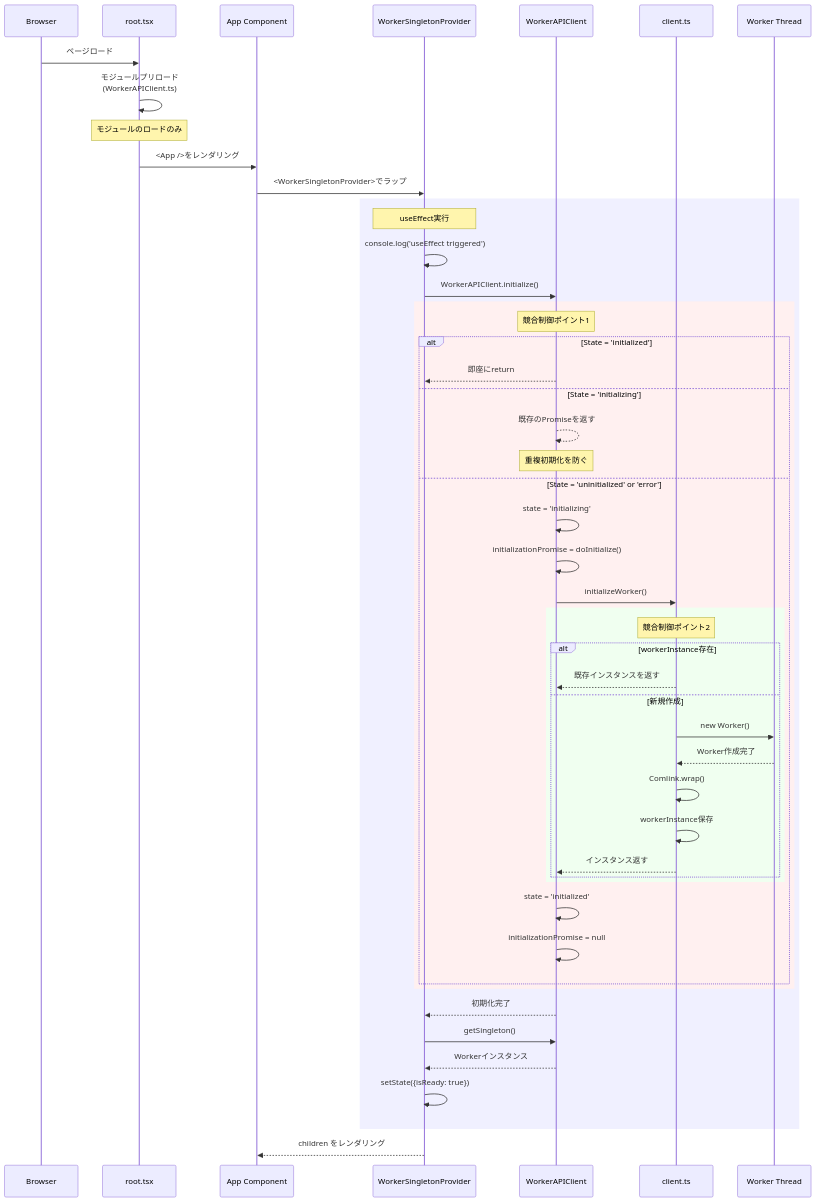
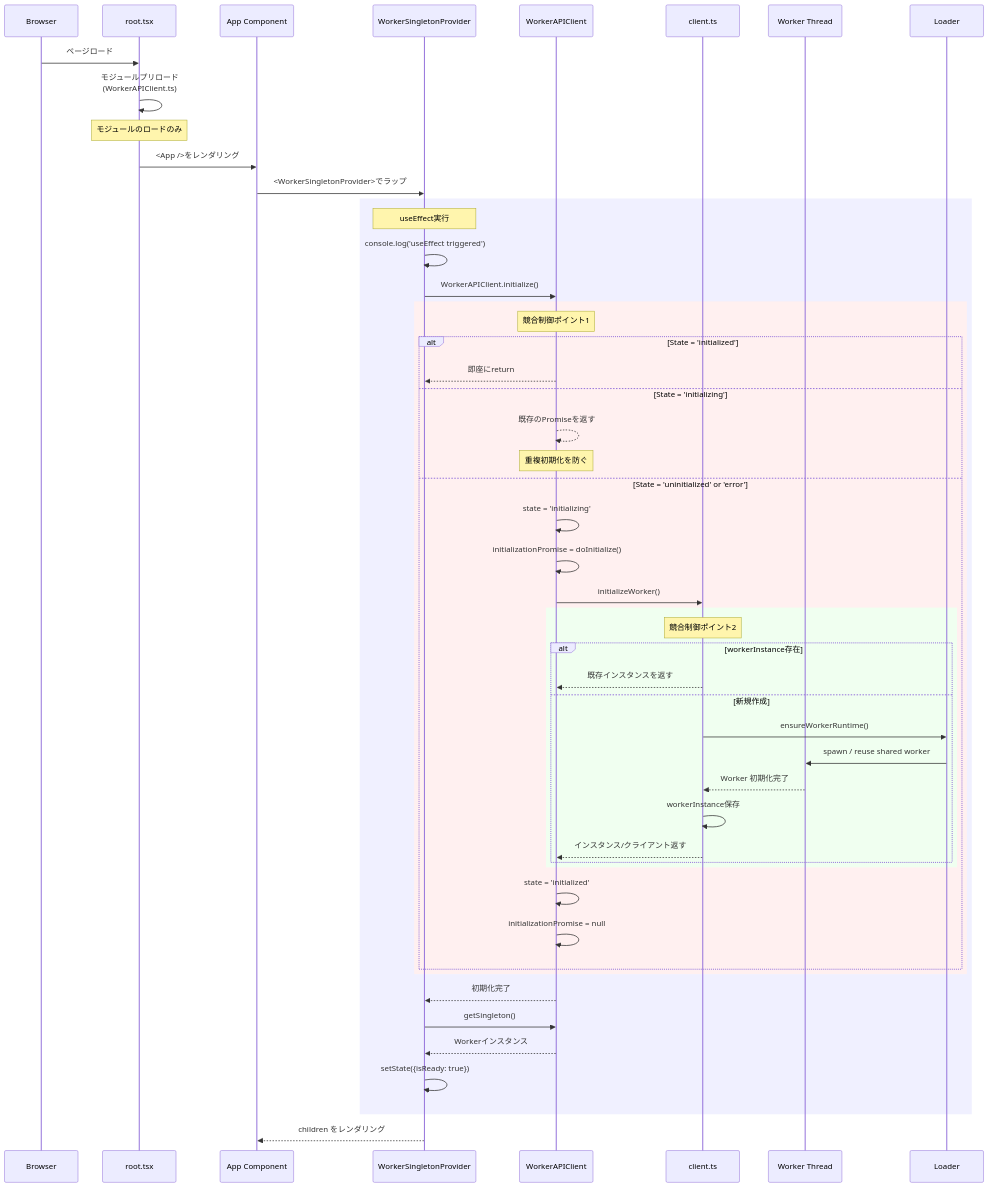
One commit to kubohiroya/hierarchidb changed the first of 4 diagrams in docs/architecture/worker-initialization-analysis.md. Above: the diagram before and after it, drawn with Mermaid. The commit also changed other lines of this file and 28 other files, not shown here.

````diff
--- a/docs/architecture/worker-initialization-analysis.md
+++ b/docs/architecture/worker-initialization-analysis.md
@@ -25,63 +25,63 @@
 ```mermaid
 sequenceDiagram
     participant Browser as Browser
     participant Root as root.tsx
     participant App as App Component
     participant WP as WorkerSingletonProvider
     participant WAC as WorkerAPIClient
     participant IW as client.ts
     participant W as Worker Thread
 
     %% 初期化の流れ
     Browser->>Root: ページロード
     Root->>Root: モジュールプリロード<br/>(WorkerAPIClient.ts)
     Note over Root: モジュールのロードのみ
     
     Root->>App: <App />をレンダリング
     App->>WP: <WorkerSingletonProvider>でラップ
     
     %% WorkerProvider内での初期化
     rect rgb(240, 240, 255)
         Note over WP: useEffect実行
         WP->>WP: console.log('useEffect triggered')
         WP->>WAC: WorkerAPIClient.initialize()
         
         %% WorkerAPIClient内での競合制御
         rect rgb(255, 240, 240)
             Note over WAC: 競合制御ポイント1
             alt State = 'initialized'
                 WAC-->>WP: 即座にreturn
             else State = 'initializing'
                 WAC-->>WAC: 既存のPromiseを返す
                 Note over WAC: 重複初期化を防ぐ
             else State = 'uninitialized' or 'error'
                 WAC->>WAC: state = 'initializing'
                 WAC->>WAC: initializationPromise = doInitialize()
                 WAC->>IW: initializeWorker()
                 
                 rect rgb(240, 255, 240)
                     Note over IW: 競合制御ポイント2
                     alt workerInstance存在
                         IW-->>WAC: 既存インスタンスを返す
                     else 新規作成
-                        IW->>W: new Worker()
-                        W-->>IW: Worker作成完了
-                        IW->>IW: Comlink.wrap()
+                        IW->>Loader: ensureWorkerRuntime()
+                        Loader->>W: spawn / reuse shared worker
+                        W-->>IW: Worker 初期化完了
                         IW->>IW: workerInstance保存
-                        IW-->>WAC: インスタンス返す
+                        IW-->>WAC: インスタンス/クライアント返す
                     end
                 end
                 
                 WAC->>WAC: state = 'initialized'
                 WAC->>WAC: initializationPromise = null
             end
         end
         
         WAC-->>WP: 初期化完了
         WP->>WAC: getSingleton()
         WAC-->>WP: Workerインスタンス
         WP->>WP: setState({isReady: true})
     end
     
     WP-->>App: children をレンダリング
 ```
````
